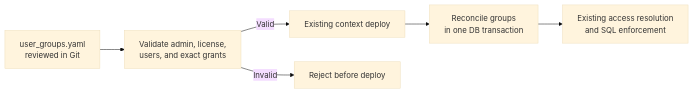
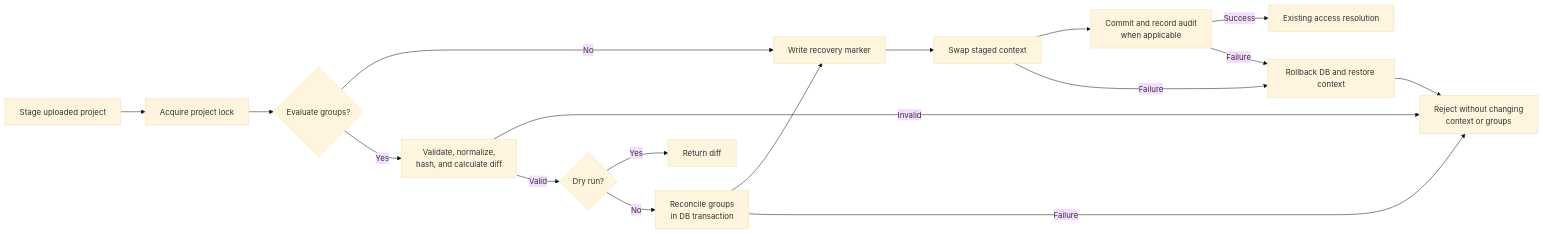
Before and after one commit to getnao/nao: the second of 3 diagrams in USER_GROUPS_AS_CODE.md, drawn with Mermaid (base theme). The commit also changed other lines of this file and 64 other files, not shown here.

````diff
--- a/USER_GROUPS_AS_CODE.md
+++ b/USER_GROUPS_AS_CODE.md
@@ -12,13 +127,27 @@
 ```mermaid
 flowchart LR
-    File["user_groups.yaml<br/>reviewed in Git"]
-    Validate["Validate admin, license,<br/>users, and exact grants"]
-    Deploy["Existing context deploy"]
-    Reconcile["Reconcile groups<br/>in one DB transaction"]
-    Runtime["Existing access resolution<br/>and SQL enforcement"]
-    File --> Validate
-    Validate -->|Invalid| Reject["Reject before deploy"]
-    Validate -->|Valid| Deploy
-    Deploy --> Reconcile
-    Reconcile --> Runtime
+    Stage["Stage uploaded project"]
+    Lock["Acquire project lock"]
+    Groups{"Evaluate groups?"}
+    Validate["Validate, normalize,<br/>hash, and calculate diff"]
+    DryRun{"Dry run?"}
+    Reconcile["Reconcile groups<br/>in DB transaction"]
+    Marker["Write recovery marker"]
+    Swap["Swap staged context"]
+    Finalize["Commit and record audit<br/>when applicable"]
+    Runtime["Existing access resolution"]
+    Reject["Reject without changing<br/>context or groups"]
+
+    Stage --> Lock --> Groups
+    Groups -->|No| Marker
+    Groups -->|Yes| Validate
+    Validate -->|Invalid| Reject
+    Validate -->|Valid| DryRun
+    DryRun -->|Yes| Preview["Return diff"]
+    DryRun -->|No| Reconcile --> Marker --> Swap --> Finalize
+    Reconcile -->|Failure| Reject
+    Swap -->|Failure| Restore["Rollback DB and restore context"]
+    Finalize -->|Success| Runtime
+    Finalize -->|Failure| Restore
+    Restore --> Reject
 ```
````
